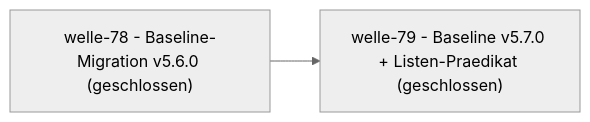
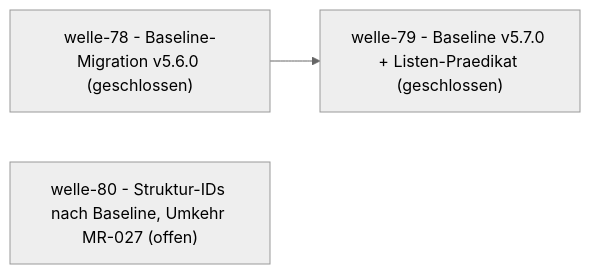
The diagram in docs/plan/planning/in-progress/roadmap.md (pt9912/d-check), drawn with Mermaid (neutral theme) before and after one commit. The commit also changed other lines of this file and 5 other files, not shown here.

````diff
--- a/docs/plan/planning/in-progress/roadmap.md
+++ b/docs/plan/planning/in-progress/roadmap.md
@@ -66,6 +68,7 @@
 ```mermaid
 flowchart LR
     W78["welle-78 - Baseline-Migration v5.6.0 (geschlossen)"]
     W79["welle-79 - Baseline v5.7.0 + Listen-Praedikat (geschlossen)"]
     W78 --> W79
+    W80["welle-80 - Struktur-IDs nach Baseline, Umkehr MR-027 (offen)"]
 ```
````
